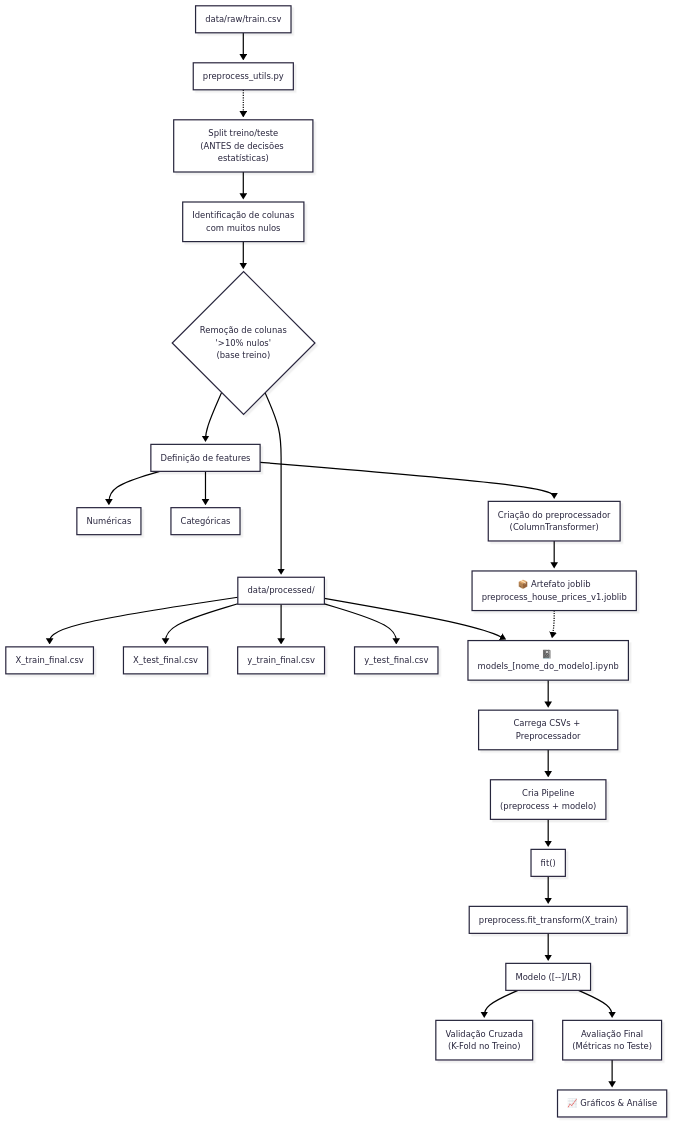
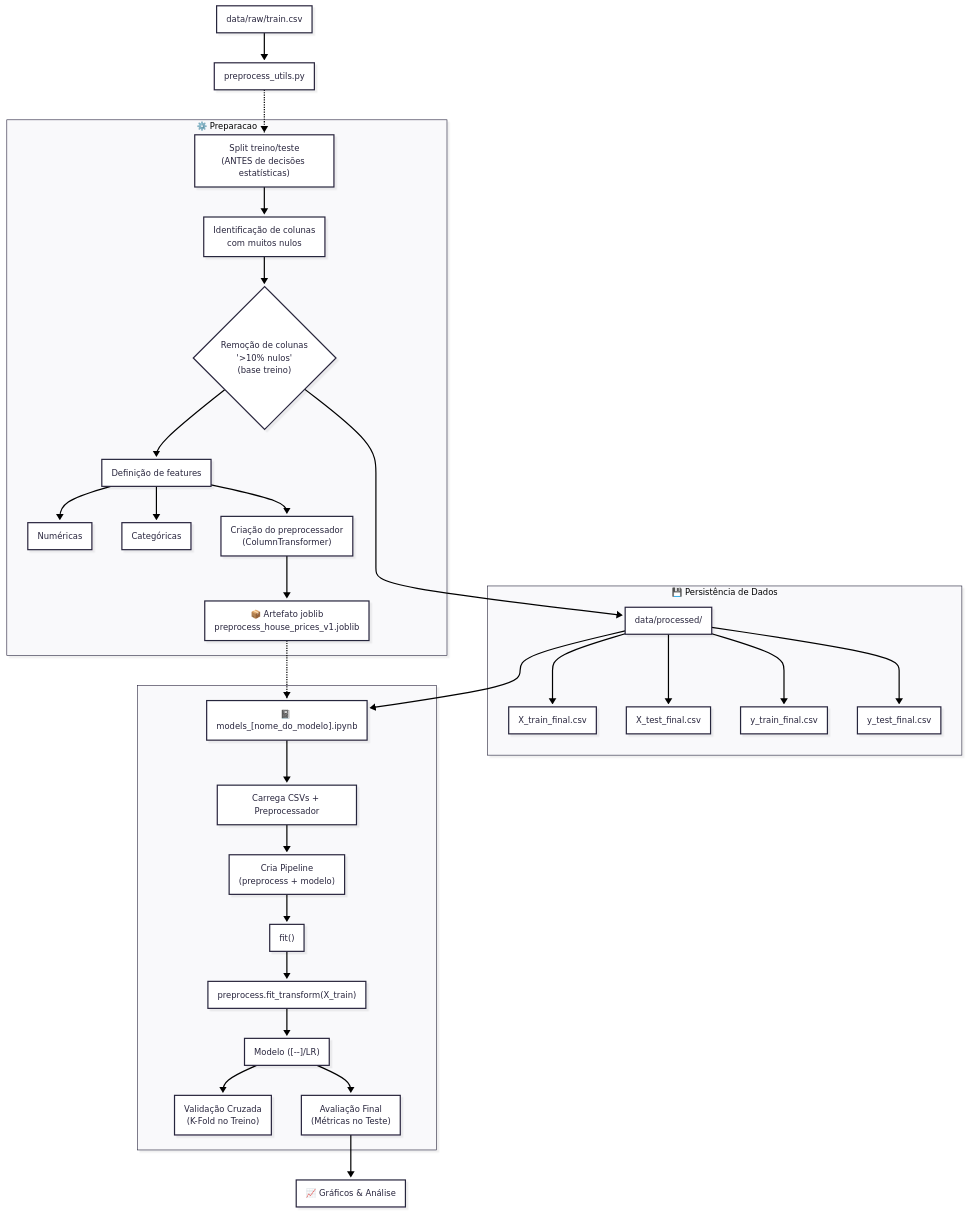
One commit to albertoakel/Kaggle changed the diagram in HousePrices/README.md. Above: the diagram before and after it, drawn with Mermaid.

````diff
--- a/HousePrices/README.md
+++ b/HousePrices/README.md
@@ -99,54 +99,60 @@
 ```mermaid
 ---
 config:
   theme: redux
   layout: dagre
   look: neo
 ---
 flowchart TB
+ subgraph s1["⚙️ Preparacao"]
         B1["Split treino/teste<br>(ANTES de decisões estatísticas)"]
         B2["Identificação de colunas<br>com muitos nulos"]
         B3@{ label: "Remoção de colunas<br>'&gt;10% nulos'<br>(base treino)" }
         B4["Definição de features"]
         B4a["Numéricas"]
         B4b["Categóricas"]
         B5["Criação do preprocessador<br>(ColumnTransformer)"]
         B6["📦 Artefato joblib<br>preprocess_house_prices_v1.joblib"]
- 
+  end
+ subgraph Persistencia["💾 Persistência de Dados"]
         C["data/processed/"]
         C1["X_train_final.csv"]
         C2["X_test_final.csv"]
         C3["y_train_final.csv"]
         C4["y_test_final.csv"]
- 
+  end
+ subgraph Treinamento[" "]
         D["📓 models_[nome_do_modelo].ipynb"]
         D1["Carrega CSVs + Preprocessador"]
         D2["Cria Pipeline<br>(preprocess + modelo)"]
         E["fit()"]
         E1["preprocess.fit_transform(X_train)"]
         F["Modelo ([--]/LR)"]
         G["Validação Cruzada<br>(K-Fold no Treino)"]
         H["Avaliação Final<br>(Métricas no Teste)"]
-
+  end
     A["data/raw/train.csv"] --> B["preprocess_utils.py"]
     B L_B_B1_0@-.-> B1
     B1 --> B2
     B2 --> B3
     B3 --> B4 & C
     B4 --> B4a & B4b & B5
     B5 --> B6
     C --> C1 & C2 & C3 & C4 & D
     B6 -.-> D
     D --> D1
     D1 --> D2
     D2 --> E
     E --> E1
     E1 --> F
     F --> G & H
     H --> I["📈 Gráficos & Análise"]
 
     B3@{ shape: diam}
-    linkStyle 1 stroke:#000000
+    classDef fase_prep fill:##f0f0f0,stroke:#f05252,color:#000
+    classDef fase_data fill:##f0f0f0,stroke:#0ea5e9,color:#000
+    classDef fase_model fill:##f0f0f0,stroke:#22c55e,color:#000
+    linkStyle 1 stroke:#000000,fill:none
 
     L_B_B1_0@{ curve: natural }
 ```
````
